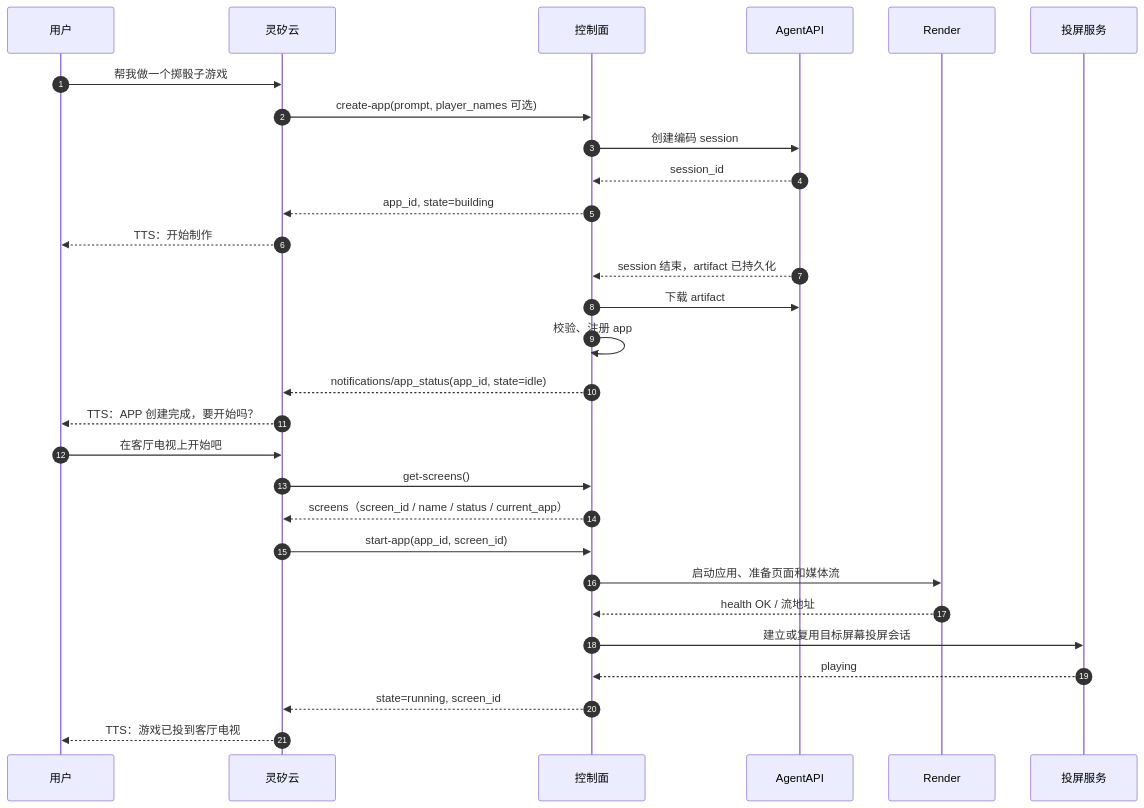
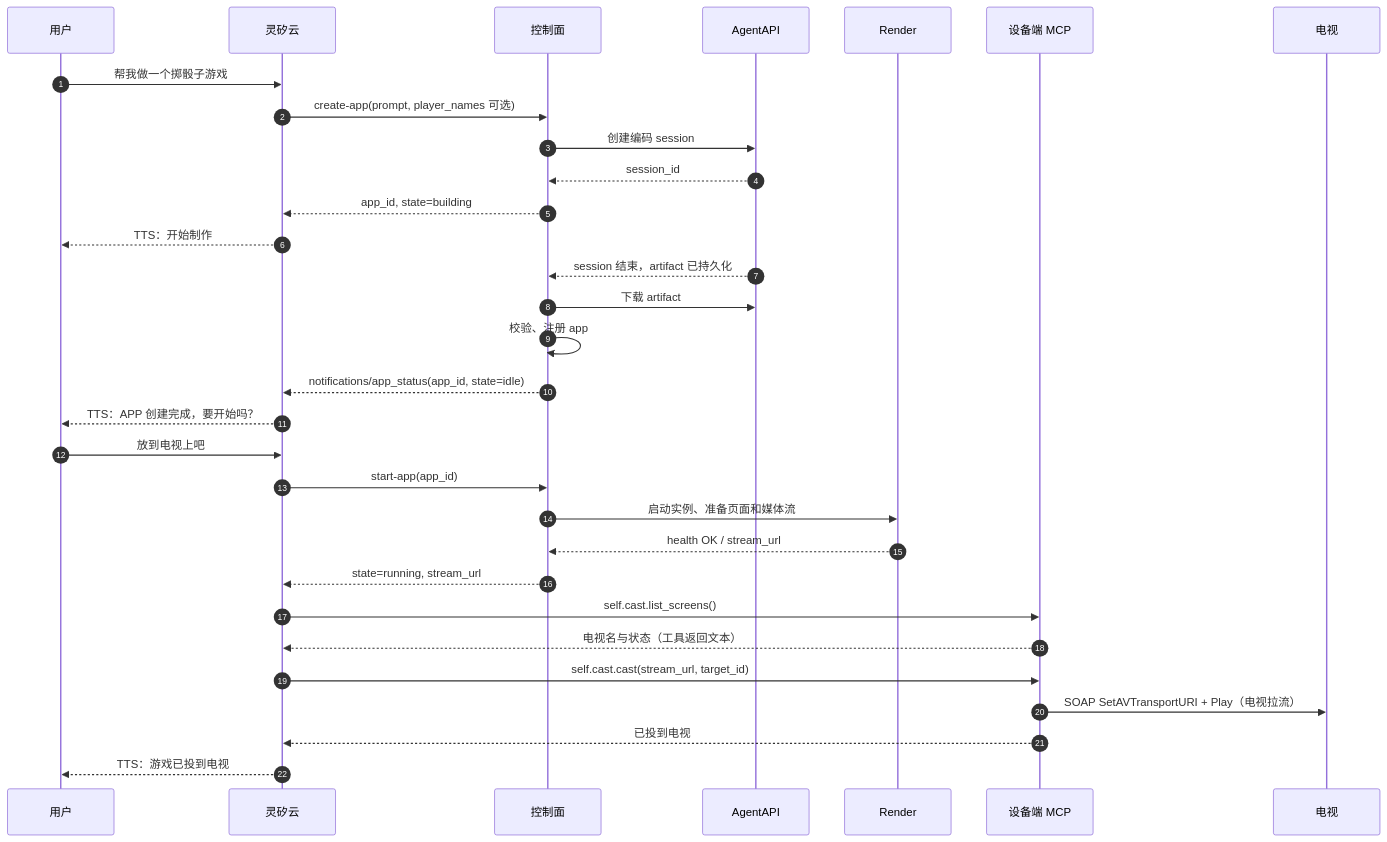
Before and after one commit to open-anywhere/open-anywhere: the diagram in docs/architecture/interfaces/app-management-mcp.md, drawn with Mermaid. The commit also changed other lines of this file and 177 other files, not shown here.

First line of the commit message:
feat: 投屏改为设备端发起（附 Render 配置鉴权、后台设备视图） (#130)

````diff
--- a/docs/architecture/interfaces/app-management-mcp.md
+++ b/docs/architecture/interfaces/app-management-mcp.md
@@ -475,34 +412,37 @@
 ```mermaid
 sequenceDiagram
   autonumber
   participant U as 用户
   participant L as 灵矽云
   participant C as 控制面
   participant A as AgentAPI
   participant R as Render
-  participant P as 投屏服务
+  participant D as 设备端 MCP
+  participant T as 电视
 
   U->>L: 帮我做一个掷骰子游戏
   L->>C: create-app(prompt, player_names 可选)
   C->>A: 创建编码 session
   A-->>C: session_id
   C-->>L: app_id, state=building
   L-->>U: TTS：开始制作
 
   A-->>C: session 结束，artifact 已持久化
   C->>A: 下载 artifact
   C->>C: 校验、注册 app
   C-->>L: notifications/app_status(app_id, state=idle)
   L-->>U: TTS：APP 创建完成，要开始吗？
 
-  U->>L: 在客厅电视上开始吧
-  L->>C: get-screens()
-  C-->>L: screens（screen_id / name / status / current_app）
-  L->>C: start-app(app_id, screen_id)
-  C->>R: 启动应用、准备页面和媒体流
-  R-->>C: health OK / 流地址
-  C->>P: 建立或复用目标屏幕投屏会话
-  P-->>C: playing
-  C-->>L: state=running, screen_id
-  L-->>U: TTS：游戏已投到客厅电视
+  U->>L: 放到电视上吧
+  L->>C: start-app(app_id)
+  C->>R: 启动实例、准备页面和媒体流
+  R-->>C: health OK / stream_url
+  C-->>L: state=running, stream_url
+
+  L->>D: self.cast.list_screens()
+  D-->>L: 电视名与状态（工具返回文本）
+  L->>D: self.cast.cast(stream_url, target_id)
+  D->>T: SOAP SetAVTransportURI + Play（电视拉流）
+  D-->>L: 已投到电视
+  L-->>U: TTS：游戏已投到电视
 ```
````
